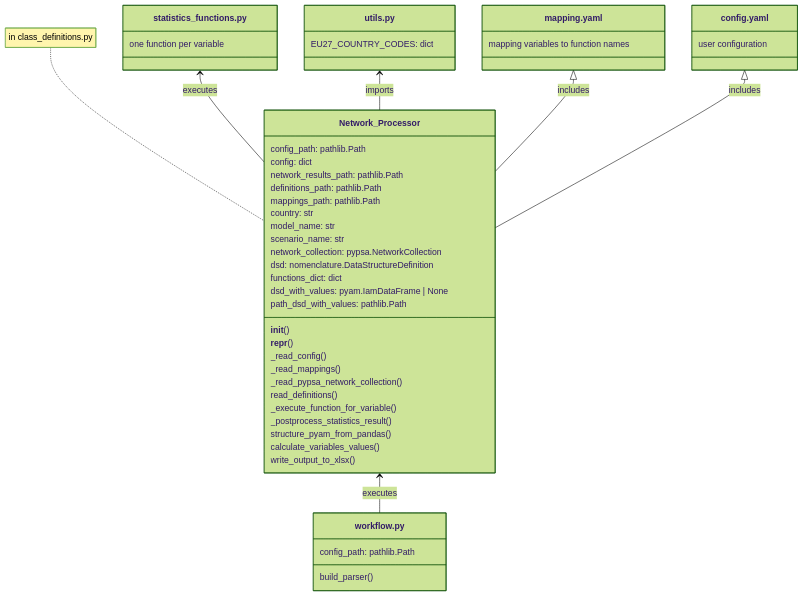
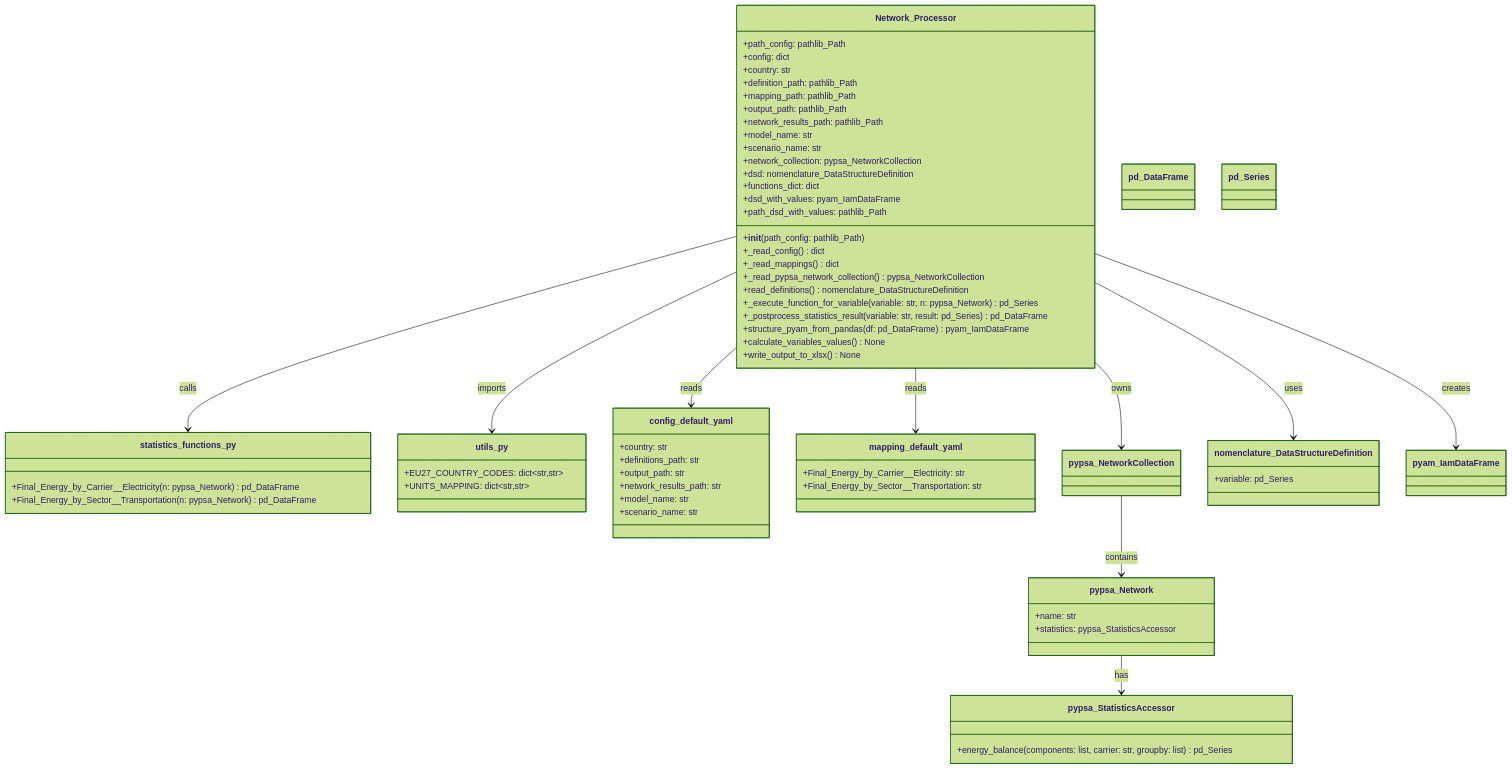
Before and after one commit to maxnutz/pypsa_validation_processing: the diagram in .github/copilot-instructions.md, drawn with Mermaid (forest theme). The commit also changed other lines of this file and 1 other file, not shown here.

Commit message:
update package descriptions

````diff
--- a/.github/copilot-instructions.md
+++ b/.github/copilot-instructions.md
@@ -11,58 +11,80 @@
 ```mermaid
 classDiagram
-    class workflow.py{
-        config_path: pathlib.Path
-        build_parser()
+    class Network_Processor {
+        +path_config: pathlib_Path
+        +config: dict
+        +country: str
+        +definition_path: pathlib_Path
+        +mapping_path: pathlib_Path
+        +output_path: pathlib_Path
+        +network_results_path: pathlib_Path
+        +model_name: str
+        +scenario_name: str
+        +network_collection: pypsa_NetworkCollection
+        +dsd: nomenclature_DataStructureDefinition
+        +functions_dict: dict
+        +dsd_with_values: pyam_IamDataFrame
+        +path_dsd_with_values: pathlib_Path
+        +__init__(path_config: pathlib_Path)
+        +_read_config() dict
+        +_read_mappings() dict
+        +_read_pypsa_network_collection() pypsa_NetworkCollection
+        +read_definitions() nomenclature_DataStructureDefinition
+        +_execute_function_for_variable(variable: str, n: pypsa_Network) pd_Series
+        +_postprocess_statistics_result(variable: str, result: pd_Series) pd_DataFrame
+        +structure_pyam_from_pandas(df: pd_DataFrame) pyam_IamDataFrame
+        +calculate_variables_values() None
+        +write_output_to_xlsx() None
     }
 
-    class statistics_functions.py{
-        one function per variable
+    class statistics_functions_py {
+        +Final_Energy_by_Carrier__Electricity(n: pypsa_Network) pd_DataFrame
+        +Final_Energy_by_Sector__Transportation(n: pypsa_Network) pd_DataFrame
     }
 
-    class utils.py{
-        EU27_COUNTRY_CODES: dict
+    class utils_py {
+        +EU27_COUNTRY_CODES: dict~str,str~
+        +UNITS_MAPPING: dict~str,str~
     }
 
-    class mapping.yaml{
-        mapping variables to function names
+    class config_default_yaml {
+        +country: str
+        +definitions_path: str
+        +output_path: str
+        +network_results_path: str
+        +model_name: str
+        +scenario_name: str
     }
 
-    class config.yaml{
-        user configuration
+    class mapping_default_yaml {
+        +Final_Energy_by_Carrier__Electricity: str
+        +Final_Energy_by_Sector__Transportation: str
     }
 
-    Network_Processor <-- workflow.py : executes
-    statistics_functions.py <-- Network_Processor : executes
-    utils.py <-- Network_Processor : imports
-    mapping.yaml <|-- Network_Processor : includes
-    config.yaml <|-- Network_Processor : includes
+    class pypsa_NetworkCollection
+    class pypsa_Network {
+        +name: str
+        +statistics: pypsa_StatisticsAccessor
+    }
+    class pypsa_StatisticsAccessor {
+        +energy_balance(components: list, carrier: str, groupby: list) pd_Series
+    }
 
-    class Network_Processor{
-        config_path: pathlib.Path
-        config: dict
-        network_results_path: pathlib.Path
-        definitions_path: pathlib.Path
-        mappings_path: pathlib.Path
-        country: str
-        model_name: str
-        scenario_name: str
-        network_collection: pypsa.NetworkCollection
-        dsd: nomenclature.DataStructureDefinition
-        functions_dict: dict
-        dsd_with_values: pyam.IamDataFrame | None
-        path_dsd_with_values: pathlib.Path
+    class nomenclature_DataStructureDefinition {
+        +variable: pd_Series
+    }
 
-        __init__()
-        __repr__()
-        _read_config()
-        _read_mappings()
-        _read_pypsa_network_collection()
-        read_definitions()
-        _execute_function_for_variable()
-        _postprocess_statistics_result()
-        structure_pyam_from_pandas()
-        calculate_variables_values()
-        write_output_to_xlsx()
-    }
-    note for Network_Processor "in class_definitions.py"
+    class pyam_IamDataFrame
+    class pd_DataFrame
+    class pd_Series
+
+    Network_Processor --> pypsa_NetworkCollection : owns
+    Network_Processor --> nomenclature_DataStructureDefinition : uses
+    Network_Processor --> pyam_IamDataFrame : creates
+    Network_Processor --> statistics_functions_py : calls
+    Network_Processor --> utils_py : imports
+    Network_Processor --> config_default_yaml : reads
+    Network_Processor --> mapping_default_yaml : reads
+    pypsa_NetworkCollection --> pypsa_Network : contains
+    pypsa_Network --> pypsa_StatisticsAccessor : has
 ```
````
